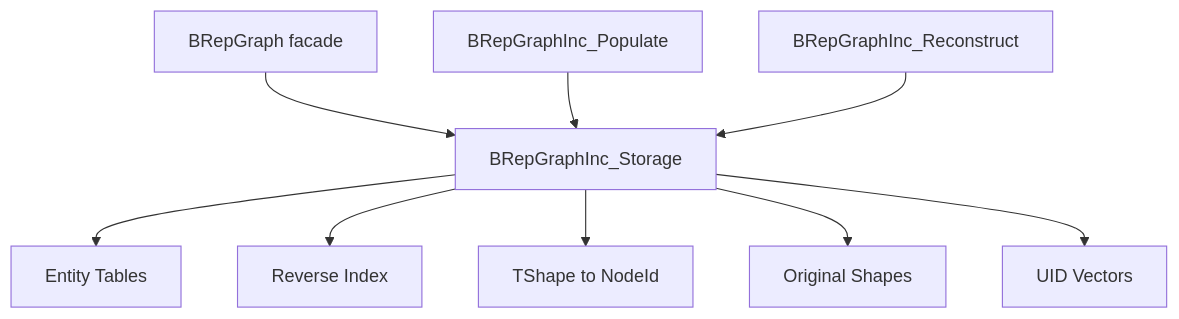
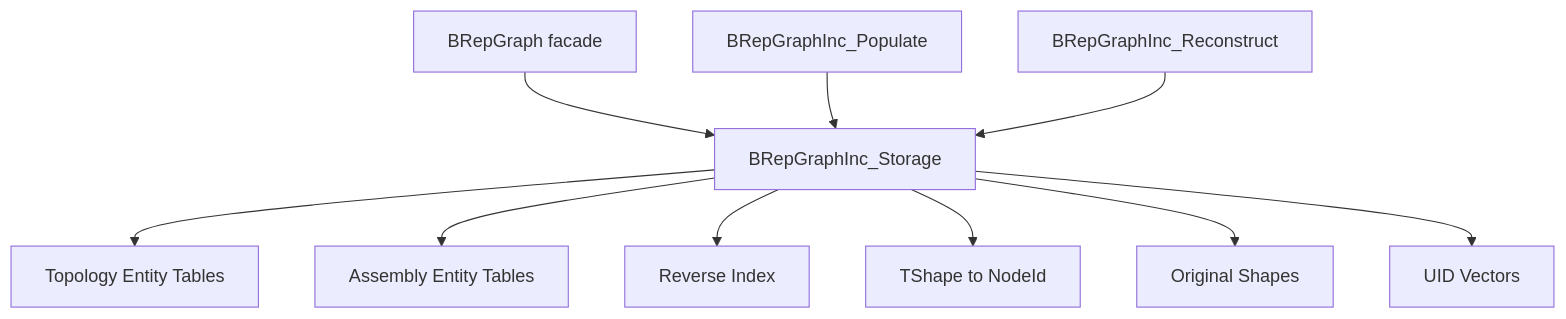
One commit to Open-Cascade-SAS/OCCT changed the first of 5 diagrams in src/ModelingData/TKBRep/BRepGraphInc/README.md. Above: the diagram before and after it, drawn with Mermaid. The commit also changed other lines of this file and 27 other files, not shown here.

````diff
--- a/src/ModelingData/TKBRep/BRepGraphInc/README.md
+++ b/src/ModelingData/TKBRep/BRepGraphInc/README.md
@@ -18,13 +19,14 @@
 ```mermaid
 flowchart TB
 	F[BRepGraph facade] --> S[BRepGraphInc_Storage]
 
-	S --> E[Entity Tables]
+	S --> E[Topology Entity Tables]
+	S --> A[Assembly Entity Tables]
 	S --> R[Reverse Index]
 	S --> M[TShape to NodeId]
 	S --> O[Original Shapes]
 	S --> U[UID Vectors]
 
 	P[BRepGraphInc_Populate] --> S
 	X[BRepGraphInc_Reconstruct] --> S
 ```
````
